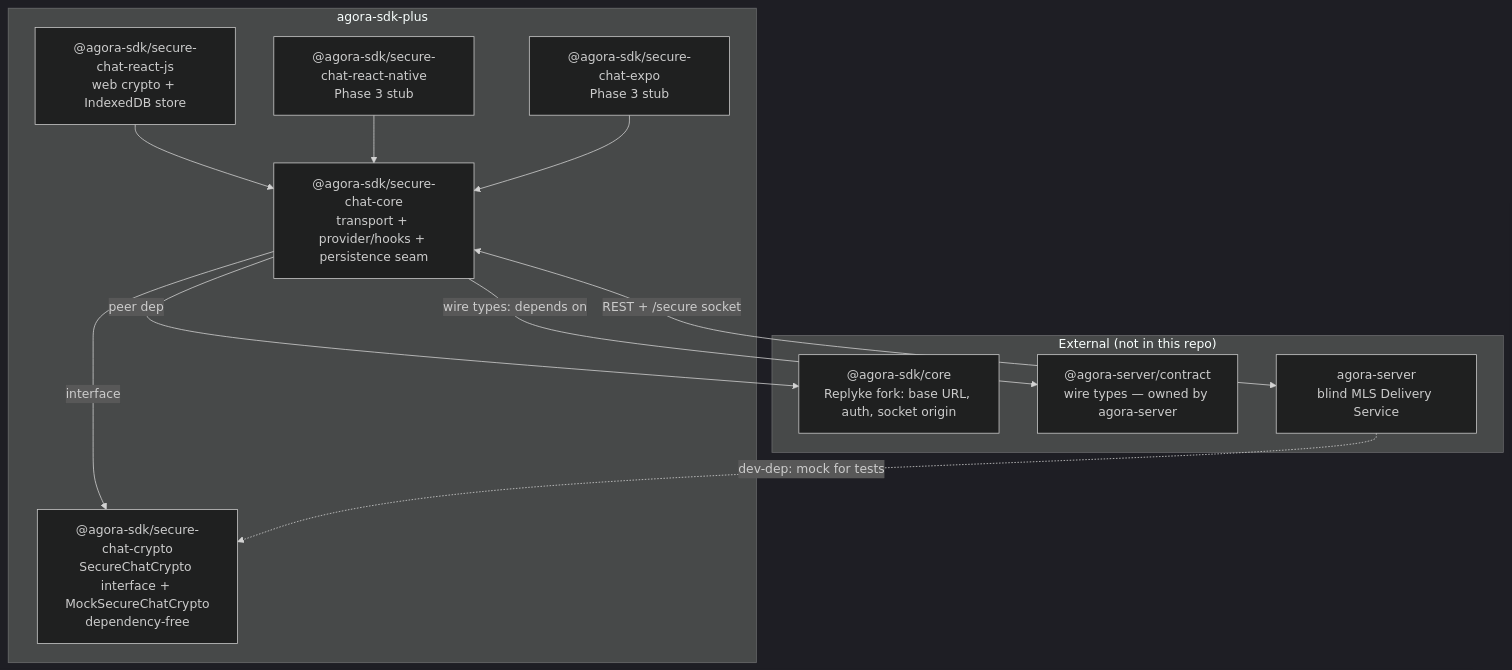
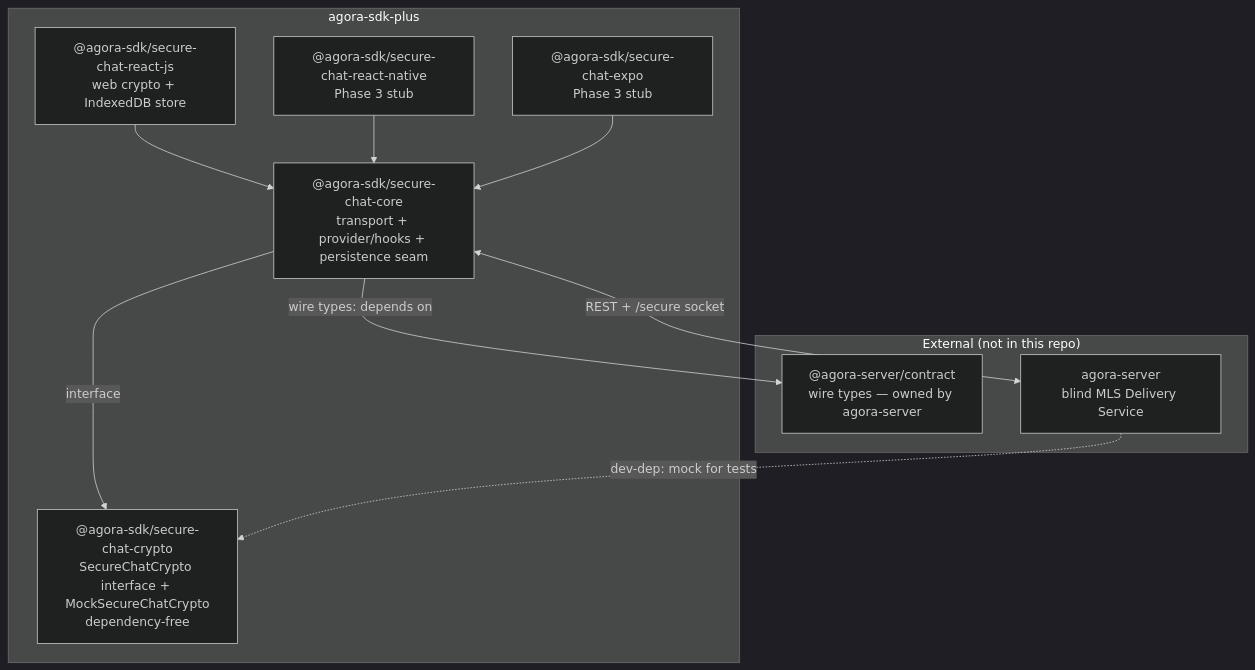
The first of 5 diagrams in ARCHITECTURE.md (agora-oss-org/agora-sdk-plus), drawn with Mermaid (dark theme) before and after one commit. The commit also changed 34 other files, not shown here.

````diff
--- a/ARCHITECTURE.md
+++ b/ARCHITECTURE.md
@@ -21,25 +21,23 @@
 ```mermaid
 flowchart TD
   subgraph "External (not in this repo)"
-    core_sdk["@agora-sdk/core<br/>Replyke fork: base URL, auth, socket origin"]
     contract["@agora-server/contract<br/>wire types — owned by agora-server"]
     server["agora-server<br/>blind MLS Delivery Service"]
   end
 
   subgraph "agora-sdk-plus"
     crypto["@agora-sdk/secure-chat-crypto<br/>SecureChatCrypto interface + MockSecureChatCrypto<br/>dependency-free"]
     coreP["@agora-sdk/secure-chat-core<br/>transport + provider/hooks + persistence seam"]
     webP["@agora-sdk/secure-chat-react-js<br/>web crypto + IndexedDB store"]
     rnP["@agora-sdk/secure-chat-react-native<br/>Phase 3 stub"]
     expoP["@agora-sdk/secure-chat-expo<br/>Phase 3 stub"]
   end
 
   coreP -->|interface| crypto
   coreP -->|wire types: depends on| contract
-  coreP -->|peer dep| core_sdk
   webP --> coreP
   rnP --> coreP
   expoP --> coreP
   server -.->|dev-dep: mock for tests| crypto
   coreP <-->|REST + /secure socket| server
 ```
````
